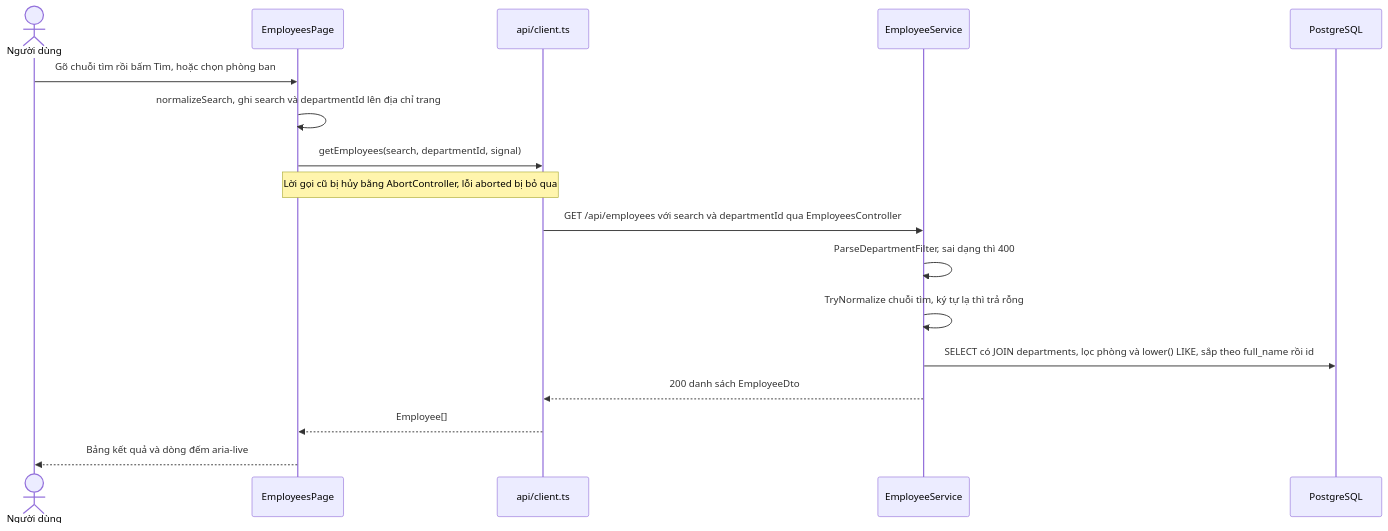
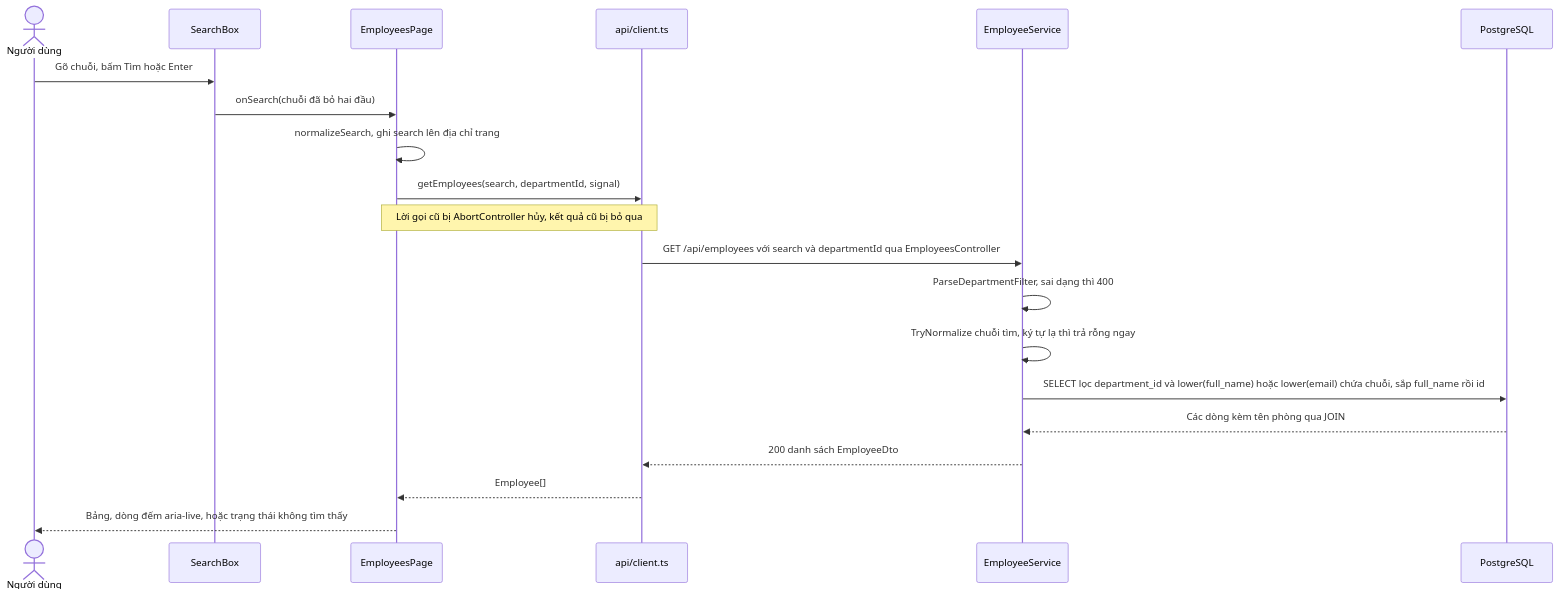
The fifth of 5 diagrams in aidlc/spaces/default/codekb/employee-crud/architecture.md (Minnhiep/employee-crud), drawn with Mermaid before and after one commit. The commit also changed other lines of this file and 28 other files, not shown here.

````diff
--- a/aidlc/spaces/default/codekb/employee-crud/architecture.md
+++ b/aidlc/spaces/default/codekb/employee-crud/architecture.md
@@ -168,19 +178,22 @@
 ```mermaid
 sequenceDiagram
-  actor U as Người dùng
-  participant P as EmployeesPage
-  participant C as api/client.ts
-  participant ES as EmployeeService
-  participant PG as PostgreSQL
-  U->>P: Gõ chuỗi tìm rồi bấm Tìm, hoặc chọn phòng ban
-  P->>P: normalizeSearch, ghi search và departmentId lên địa chỉ trang
-  P->>C: getEmployees(search, departmentId, signal)
-  Note over P,C: Lời gọi cũ bị hủy bằng AbortController, lỗi aborted bị bỏ qua
-  C->>ES: GET /api/employees với search và departmentId qua EmployeesController
-  ES->>ES: ParseDepartmentFilter, sai dạng thì 400
-  ES->>ES: TryNormalize chuỗi tìm, ký tự lạ thì trả rỗng
-  ES->>PG: SELECT có JOIN departments, lọc phòng và lower() LIKE, sắp theo full_name rồi id
-  ES-->>C: 200 danh sách EmployeeDto
-  C-->>P: Employee[]
-  P-->>U: Bảng kết quả và dòng đếm aria-live
+    actor U as Người dùng
+    participant S as SearchBox
+    participant E as EmployeesPage
+    participant C as api/client.ts
+    participant ES as EmployeeService
+    participant DB as PostgreSQL
+    U->>S: Gõ chuỗi, bấm Tìm hoặc Enter
+    S->>E: onSearch(chuỗi đã bỏ hai đầu)
+    E->>E: normalizeSearch, ghi search lên địa chỉ trang
+    E->>C: getEmployees(search, departmentId, signal)
+    Note over E,C: Lời gọi cũ bị AbortController hủy, kết quả cũ bị bỏ qua
+    C->>ES: GET /api/employees với search và departmentId qua EmployeesController
+    ES->>ES: ParseDepartmentFilter, sai dạng thì 400
+    ES->>ES: TryNormalize chuỗi tìm, ký tự lạ thì trả rỗng ngay
+    ES->>DB: SELECT lọc department_id và lower(full_name) hoặc lower(email) chứa chuỗi, sắp full_name rồi id
+    DB-->>ES: Các dòng kèm tên phòng qua JOIN
+    ES-->>C: 200 danh sách EmployeeDto
+    C-->>E: Employee[]
+    E-->>U: Bảng, dòng đếm aria-live, hoặc trạng thái không tìm thấy
 ```
````
